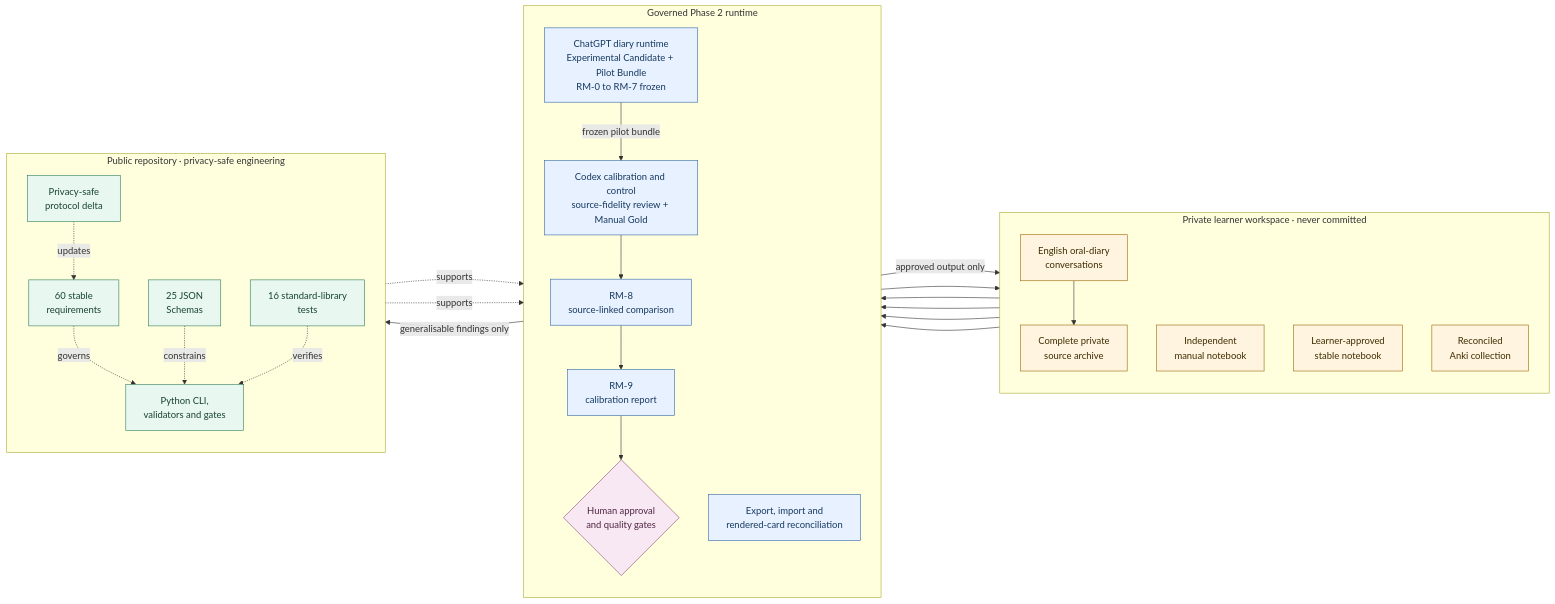
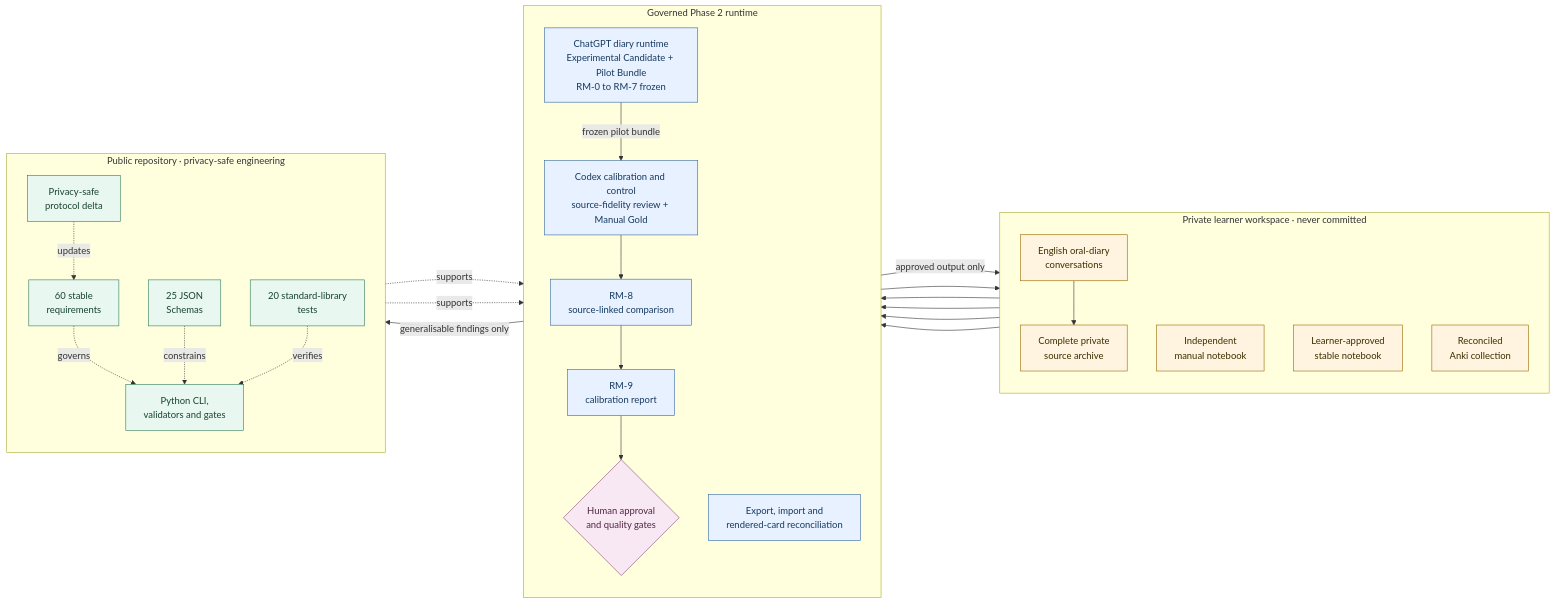
Before and after one commit to jingxian-grace-du/ai-assisted-language-learning-system: the diagram in README.md, drawn with Mermaid. The commit also changed other lines of this file and 10 other files, not shown here.

````diff
--- a/README.md
+++ b/README.md
@@ -48,57 +48,57 @@
 ```mermaid
 flowchart LR
     subgraph PRIVATE["Private learner workspace · never committed"]
         direction TB
         DIARY["English oral-diary<br/>conversations"]
         ARCHIVE["Complete private<br/>source archive"]
         MANUAL["Independent<br/>manual notebook"]
         STABLE["Learner-approved<br/>stable notebook"]
         ANKI["Reconciled<br/>Anki collection"]
     end
 
     subgraph RUNTIME["Governed Phase 2 runtime"]
         direction TB
         CHATGPT["ChatGPT diary runtime<br/>Experimental Candidate + Pilot Bundle<br/>RM-0 to RM-7 frozen"]
         CODEX["Codex calibration and control<br/>source-fidelity review + Manual Gold"]
         RM8["RM-8<br/>source-linked comparison"]
         RM9["RM-9<br/>calibration report"]
         REVIEW{"Human approval<br/>and quality gates"}
         RECON["Export, import and<br/>rendered-card reconciliation"]
     end
 
     subgraph PUBLIC["Public repository · privacy-safe engineering"]
         direction TB
         REQUIREMENTS["60 stable<br/>requirements"]
         SCHEMAS["25 JSON<br/>Schemas"]
         TOOLING["Python CLI,<br/>validators and gates"]
-        TESTS["16 standard-library<br/>tests"]
+        TESTS["20 standard-library<br/>tests"]
         DELTA["Privacy-safe<br/>protocol delta"]
     end
 
     DIARY --> CHATGPT
     DIARY --> ARCHIVE
     CHATGPT -->|frozen pilot bundle| CODEX
     ARCHIVE --> CODEX
     MANUAL --> CODEX
     CODEX --> RM8 --> RM9 --> REVIEW
     REVIEW -->|approved output only| STABLE
     STABLE --> RECON --> ANKI
 
     REQUIREMENTS -. governs .-> TOOLING
     SCHEMAS -. constrains .-> TOOLING
     TESTS -. verifies .-> TOOLING
     TOOLING -. supports .-> CHATGPT
     TOOLING -. supports .-> CODEX
     RM9 -->|generalisable findings only| DELTA
     DELTA -. updates .-> REQUIREMENTS
 
     classDef private fill:#fff4df,stroke:#9a6700,color:#3d2d00;
     classDef runtime fill:#e8f1ff,stroke:#3167a5,color:#15395f;
     classDef public fill:#e8f7ef,stroke:#2f7d58,color:#17432f;
     classDef gate fill:#f7e8f3,stroke:#8a4775,color:#502642;
 
     class DIARY,ARCHIVE,MANUAL,STABLE,ANKI private;
     class CHATGPT,CODEX,RM8,RM9,RECON runtime;
     class REQUIREMENTS,SCHEMAS,TOOLING,TESTS,DELTA public;
     class REVIEW gate;
 ```
````
